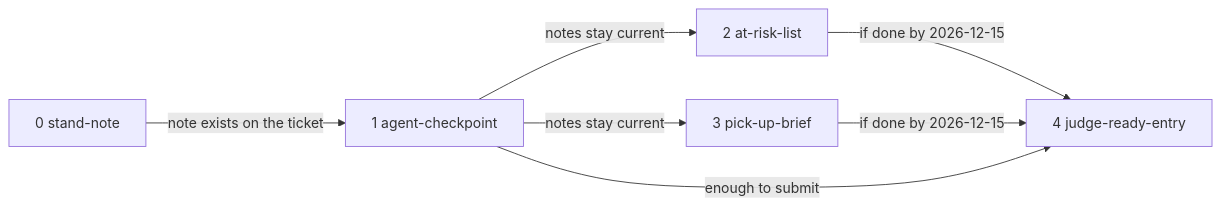
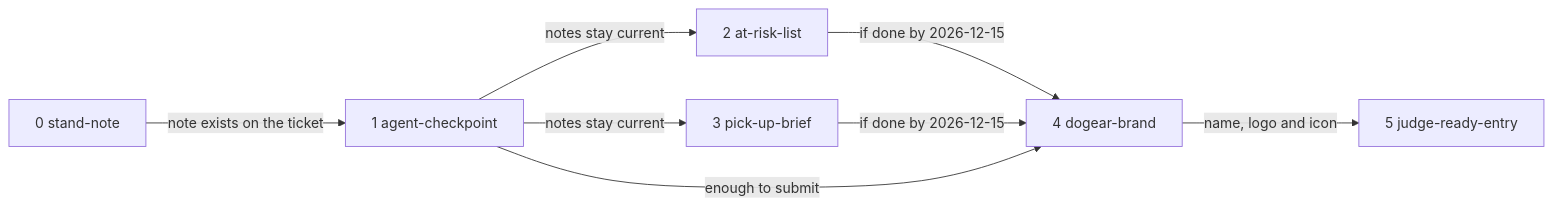
One commit to dzaffren/dogear changed the second of 2 diagrams in docs/specs/ticket-handover/shape.md. Above: the diagram before and after it, drawn with Mermaid. The commit also changed other lines of this file and 97 other files, not shown here.

First line of the commit message:
feat(app)!: name the app and its note Dogear (#5)

````diff
--- a/docs/specs/ticket-handover/shape.md
+++ b/docs/specs/ticket-handover/shape.md
@@ -43,9 +43,10 @@
 ```mermaid
 flowchart LR
     S0[0 stand-note] -- "note exists on the ticket" --> S1[1 agent-checkpoint]
     S1 -- "notes stay current" --> S2[2 at-risk-list]
     S1 -- "notes stay current" --> S3[3 pick-up-brief]
-    S2 -- "if done by 2026-12-15" --> S4[4 judge-ready-entry]
+    S2 -- "if done by 2026-12-15" --> S4[4 dogear-brand]
     S3 -- "if done by 2026-12-15" --> S4
     S1 -- "enough to submit" --> S4
+    S4 -- "name, logo and icon" --> S5[5 judge-ready-entry]
 ```
````
